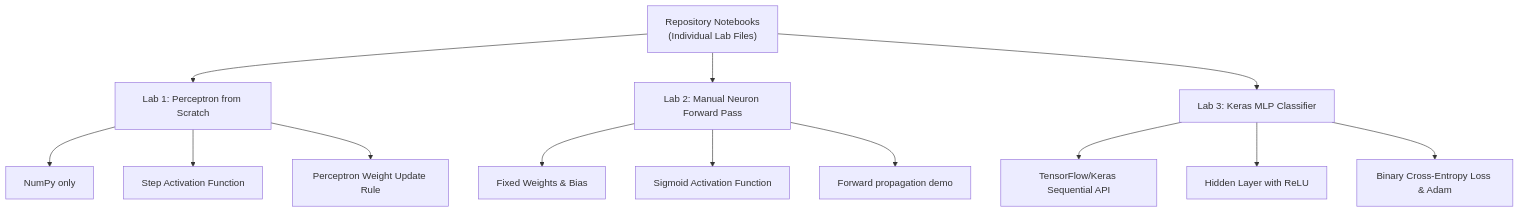
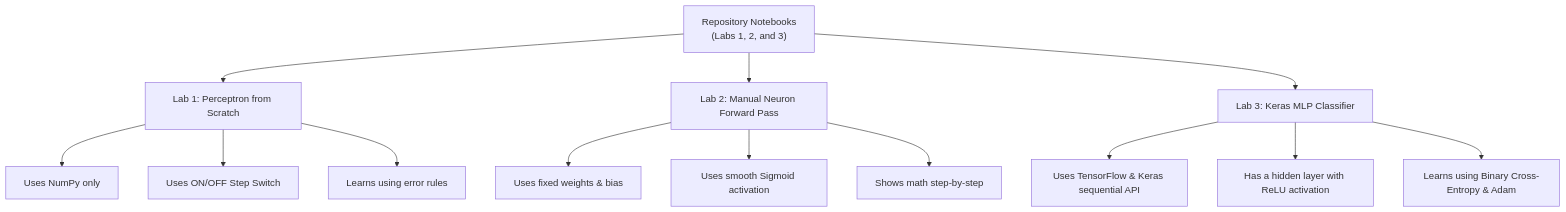
One commit to heavens7above/annlab123 changed the diagram in README.md. Above: the diagram before and after it, drawn with Mermaid. The commit also changed other lines of this file and 1 other file, not shown here.

````diff
--- a/README.md
+++ b/README.md
@@ -39,18 +40,18 @@
 ```mermaid
 graph TD
-    A["Repository Notebooks<br>(Individual Lab Files)"] --> B[Lab 1: Perceptron from Scratch]
+    A["Repository Notebooks<br>(Labs 1, 2, and 3)"] --> B[Lab 1: Perceptron from Scratch]
     A --> C[Lab 2: Manual Neuron Forward Pass]
     A --> D[Lab 3: Keras MLP Classifier]
     
-    B --> B1[NumPy only]
-    B --> B2[Step Activation Function]
-    B --> B3[Perceptron Weight Update Rule]
+    B --> B1[Uses NumPy only]
+    B --> B2[Uses ON/OFF Step Switch]
+    B --> B3[Learns using error rules]
     
-    C --> C1[Fixed Weights & Bias]
-    C --> C2[Sigmoid Activation Function]
-    C --> C3[Forward propagation demo]
+    C --> C1[Uses fixed weights & bias]
+    C --> C2[Uses smooth Sigmoid activation]
+    C --> C3[Shows math step-by-step]
     
-    D --> D1[TensorFlow/Keras Sequential API]
-    D --> D2[Hidden Layer with ReLU]
-    D --> D3[Binary Cross-Entropy Loss & Adam]
+    D --> D1[Uses TensorFlow & Keras sequential API]
+    D --> D2[Has a hidden layer with ReLU activation]
+    D --> D3[Learns using Binary Cross-Entropy & Adam]
 ```
````
